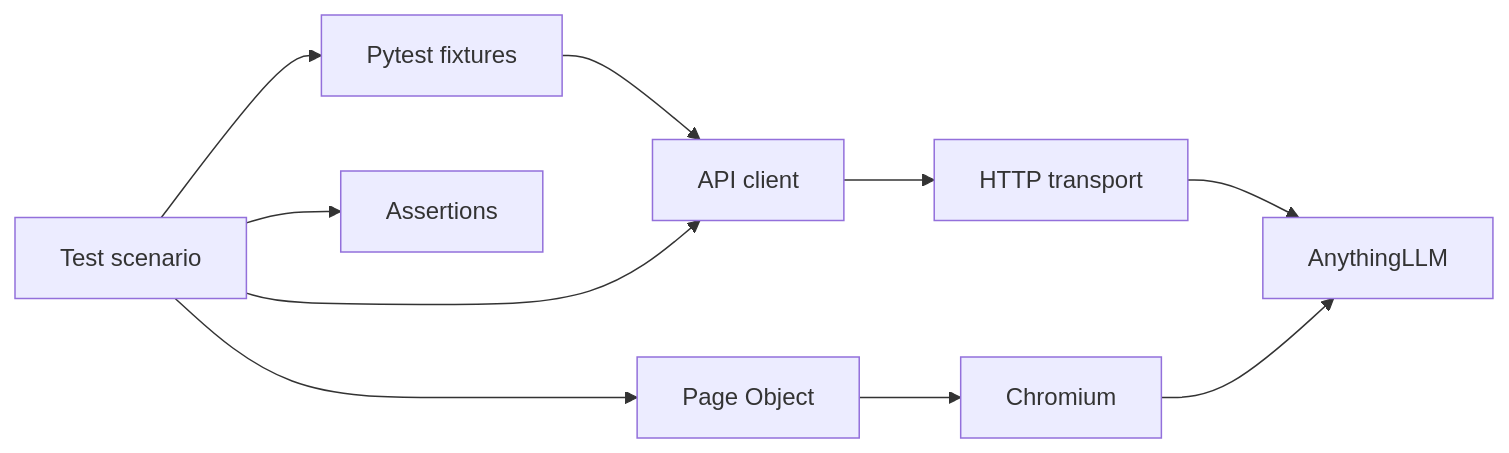
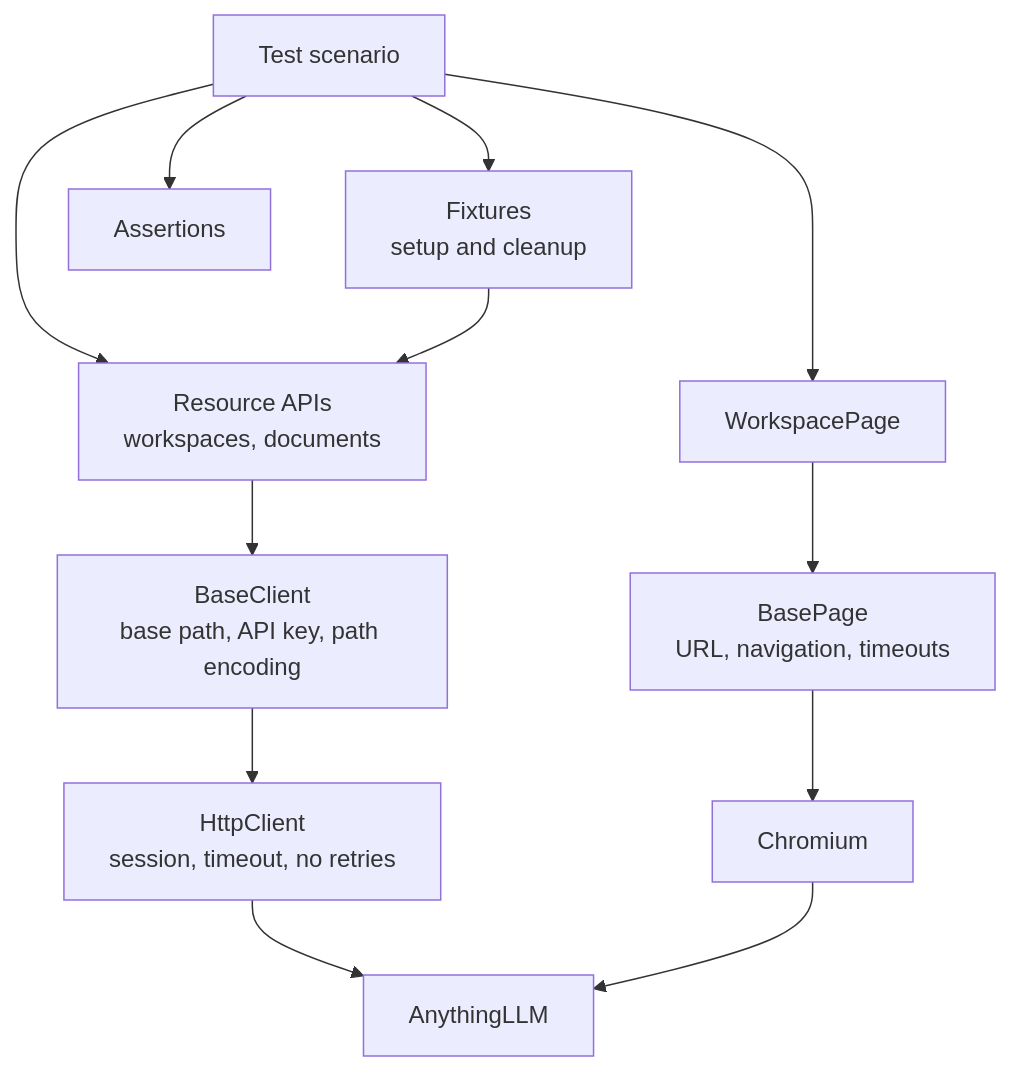
Before and after one commit to karmise/local-llm-lab: the diagram in docs/framework-onboarding.md, drawn with Mermaid. The commit also changed other lines of this file and 83 other files, not shown here.

````diff
--- a/docs/framework-onboarding.md
+++ b/docs/framework-onboarding.md
@@ -95,12 +95,14 @@
 ```mermaid
-flowchart LR
-    T[Test scenario] --> F[Pytest fixtures]
-    F --> A[API client]
-    T --> A
-    A --> H[HTTP transport]
+flowchart TB
+    T[Test scenario] --> F[Fixtures<br/>setup and cleanup]
+    T --> C[Assertions]
+    T --> API
+    F --> API[Resource APIs<br/>workspaces, documents]
+    API --> BC[BaseClient<br/>base path, API key, path encoding]
+    BC --> H[HttpClient<br/>session, timeout, no retries]
     H --> S[AnythingLLM]
-    T --> P[Page Object]
-    P --> B[Chromium]
+    T --> P[WorkspacePage]
+    P --> BP[BasePage<br/>URL, navigation, timeouts]
+    BP --> B[Chromium]
     B --> S
-    T --> C[Assertions]
 ```
````
